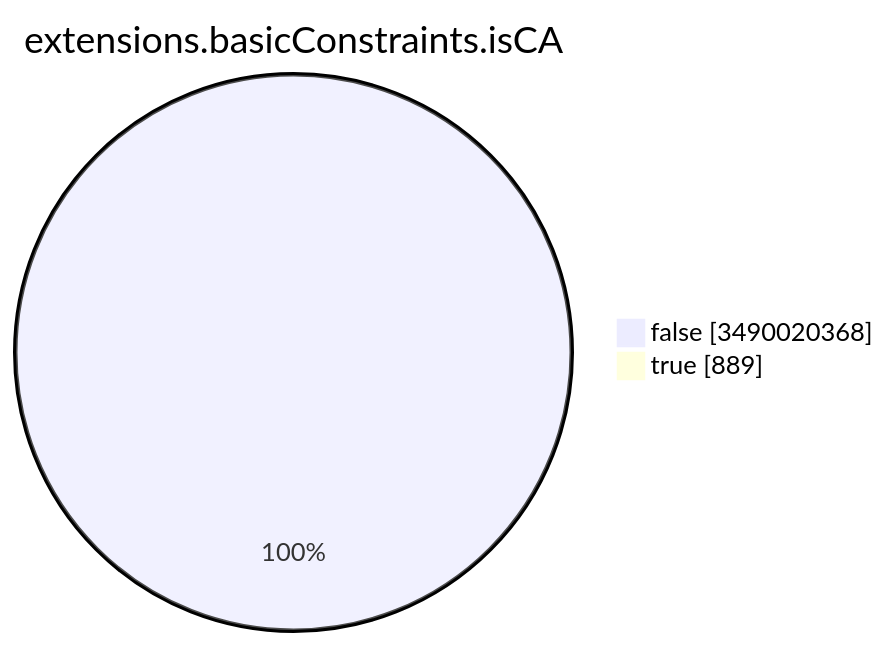
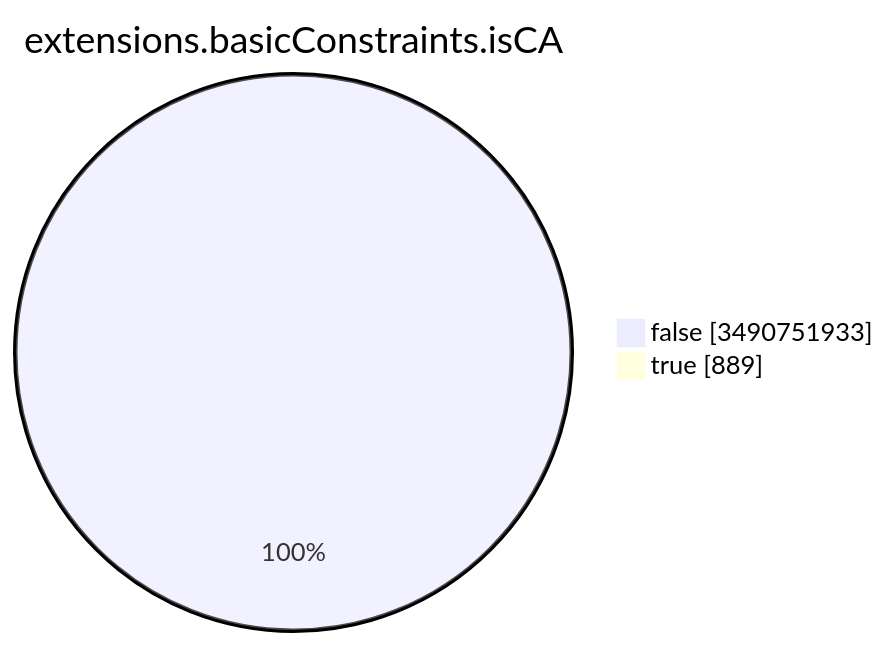
Before and after one commit to christiankrug/ctmonitor_visualization: the seventh of 15 diagrams in TOTAL/README.md, drawn with Mermaid. The commit also changed other lines of this file, not shown here.

````diff
--- a/TOTAL/README.md
+++ b/TOTAL/README.md
@@ -3093,6 +3093,6 @@
 ```mermaid
 pie showData
 title extensions.basicConstraints.isCA
-"false" :3490020368
+"false" :3490751933
 "true" :889
 ```
````
